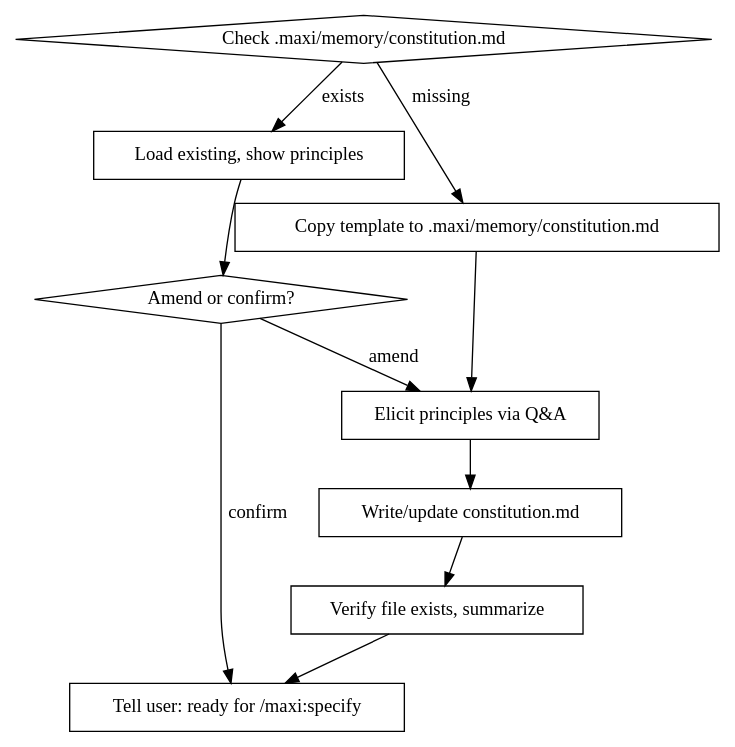
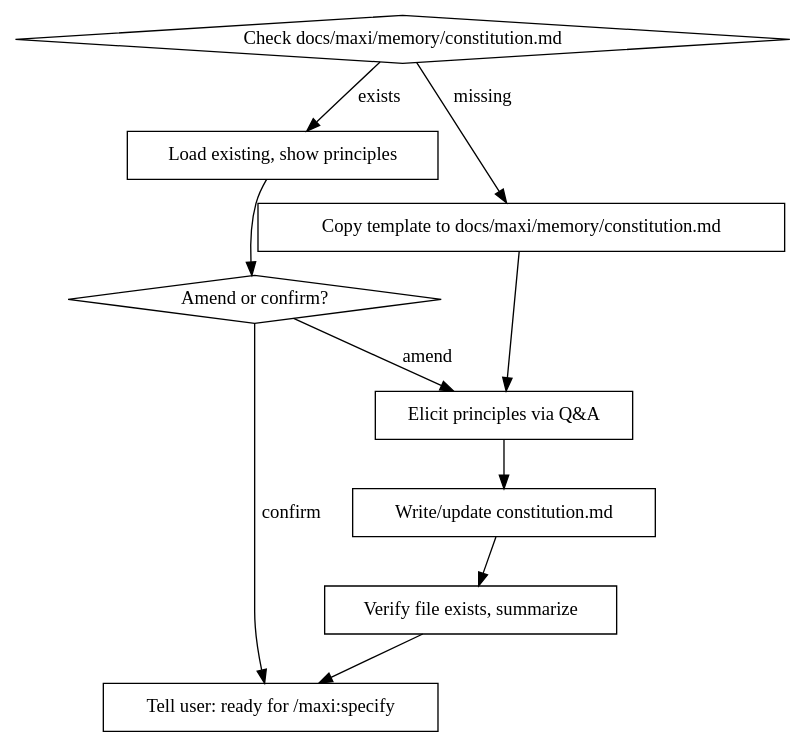
One commit to amoutiers/maxi-superpowers changed the diagram in skills/constitution/SKILL.md. Above: the diagram before and after it, drawn with Graphviz. The commit also changed other lines of this file and 14 other files, not shown here.

````diff
--- a/skills/constitution/SKILL.md
+++ b/skills/constitution/SKILL.md
@@ -23,22 +23,22 @@
 ```dot
 digraph constitution {
-    "Check .maxi/memory/constitution.md" [shape=diamond];
+    "Check docs/maxi/memory/constitution.md" [shape=diamond];
     "Load existing, show principles" [shape=box];
     "Amend or confirm?" [shape=diamond];
-    "Copy template to .maxi/memory/constitution.md" [shape=box];
+    "Copy template to docs/maxi/memory/constitution.md" [shape=box];
     "Elicit principles via Q&A" [shape=box];
     "Write/update constitution.md" [shape=box];
     "Verify file exists, summarize" [shape=box];
     "Tell user: ready for /maxi:specify" [shape=box];
 
-    "Check .maxi/memory/constitution.md" -> "Load existing, show principles" [label="exists"];
-    "Check .maxi/memory/constitution.md" -> "Copy template to .maxi/memory/constitution.md" [label="missing"];
+    "Check docs/maxi/memory/constitution.md" -> "Load existing, show principles" [label="exists"];
+    "Check docs/maxi/memory/constitution.md" -> "Copy template to docs/maxi/memory/constitution.md" [label="missing"];
     "Load existing, show principles" -> "Amend or confirm?";
     "Amend or confirm?" -> "Elicit principles via Q&A" [label="amend"];
     "Amend or confirm?" -> "Tell user: ready for /maxi:specify" [label="confirm"];
-    "Copy template to .maxi/memory/constitution.md" -> "Elicit principles via Q&A";
+    "Copy template to docs/maxi/memory/constitution.md" -> "Elicit principles via Q&A";
     "Elicit principles via Q&A" -> "Write/update constitution.md";
     "Write/update constitution.md" -> "Verify file exists, summarize";
     "Verify file exists, summarize" -> "Tell user: ready for /maxi:specify";
 }
 ```
````
